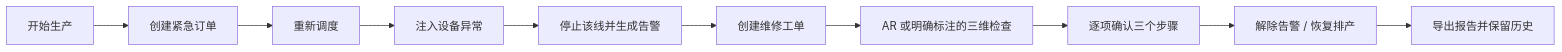
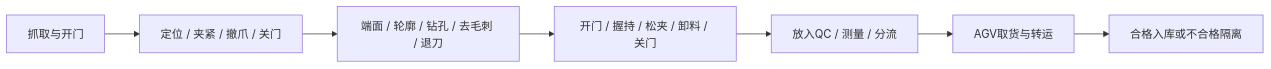
One commit to LonglongStarry-web/smartfactory-nexus changed the third of 3 diagrams in docs/02-初步设计.md. Above: the diagram before and after it, drawn with Mermaid. The commit also changed other lines of this file and 56 other files, not shown here.

````diff
--- a/docs/02-初步设计.md
+++ b/docs/02-初步设计.md
@@ -27,12 +45,9 @@
 ```mermaid
 flowchart LR
- Start[开始生产] --> Order[创建紧急订单]
- Order --> Replan[重新调度]
- Replan --> Fault[注入设备异常]
- Fault --> Stop[停止该线并生成告警]
- Stop --> Work[创建维修工单]
- Work --> Inspect[AR 或明确标注的三维检查]
- Inspect --> Confirm[逐项确认三个步骤]
- Confirm --> Restore[解除告警 / 恢复排产]
- Restore --> Report[导出报告并保留历史]
+ A[抓取与开门] --> B[定位 / 夹紧 / 撤爪 / 关门]
+ B --> C[端面 / 轮廓 / 钻孔 / 去毛刺 / 退刀]
+ C --> D[开门 / 握持 / 松夹 / 卸料 / 关门]
+ D --> E[放入QC / 测量 / 分流]
+ E --> F[AGV取货与转运]
+ F --> G[合格入库或不合格隔离]
 ```
````
